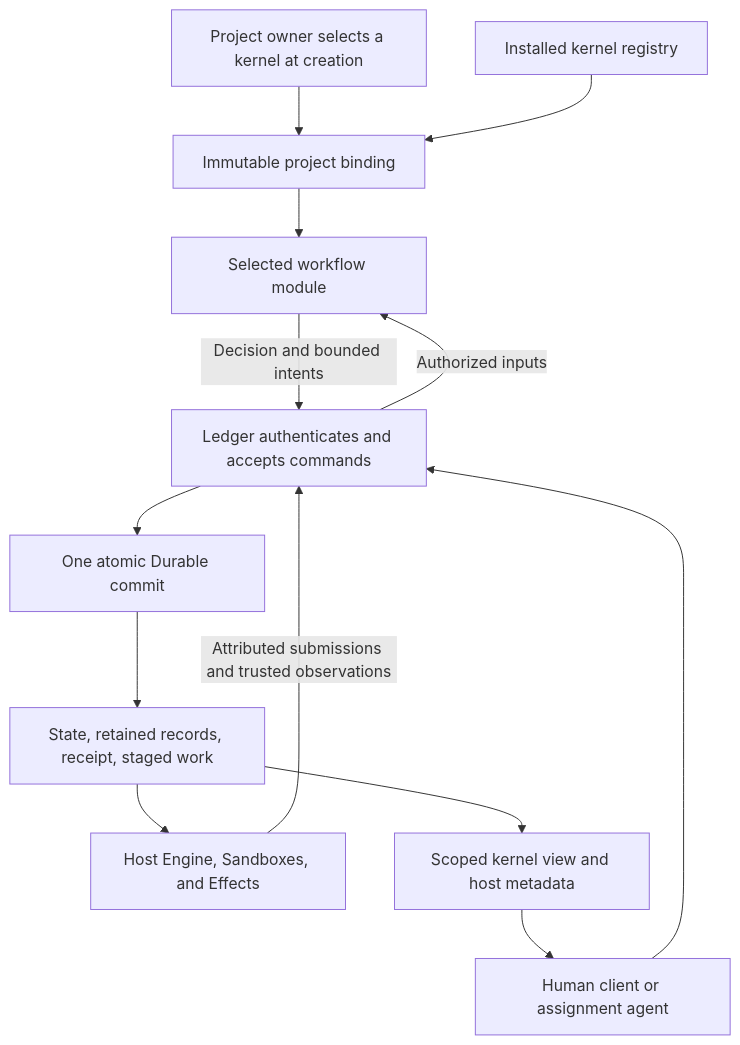
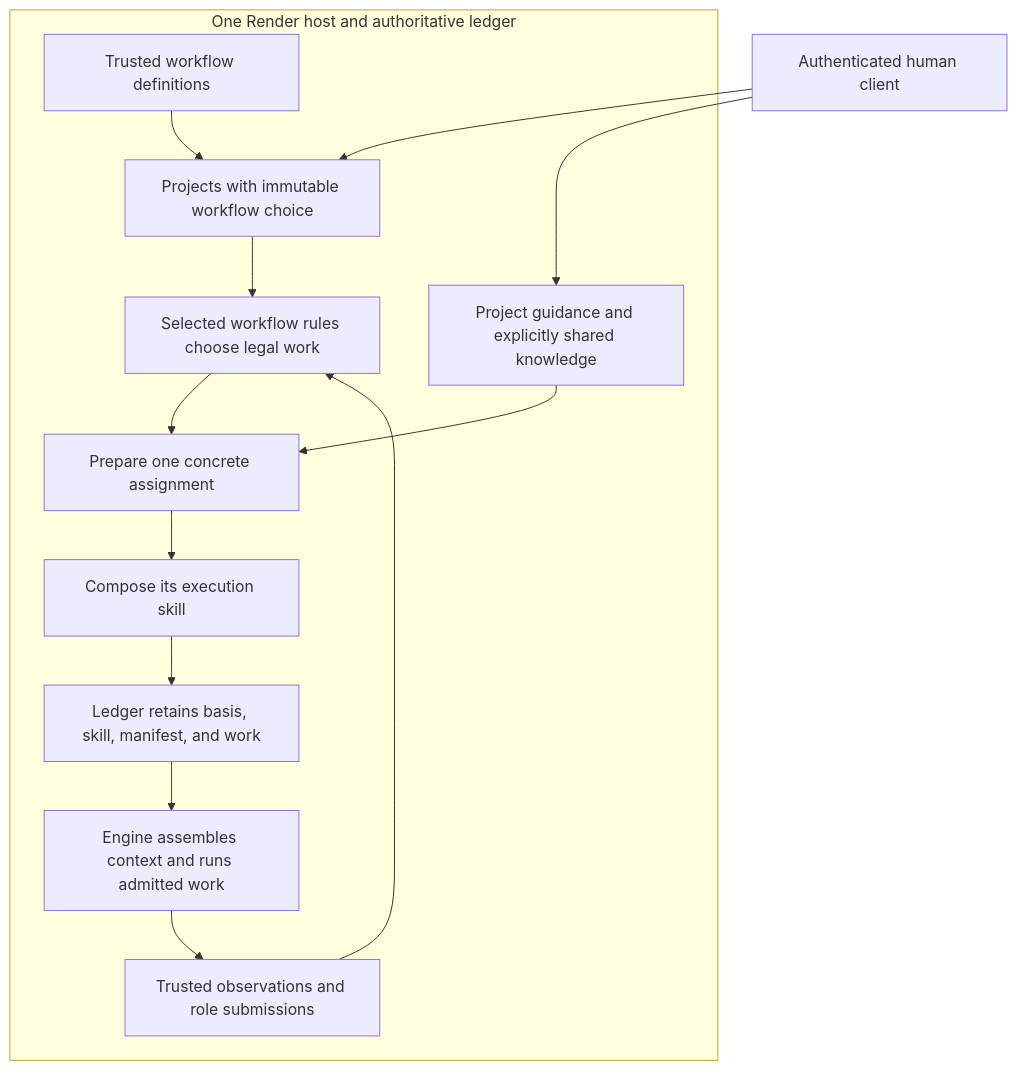
The first of 3 diagrams in docs/design/pluggable-kernels/README.md (vicrdguez/render), drawn with Mermaid before and after one commit. The commit also changed other lines of this file and 17 other files, not shown here.

Commit message:
Document workflow-owned skills and host-wide project storage

````diff
--- a/docs/design/pluggable-kernels/README.md
+++ b/docs/design/pluggable-kernels/README.md
@@ -17,15 +25,25 @@
 ```mermaid
 flowchart TB
-    Owner["Project owner selects a kernel at creation"] --> Binding["Immutable project binding"]
-    Registry["Installed kernel registry"] --> Binding
-    Binding --> Kernel["Selected workflow module"]
-    Client["Human client or assignment agent"] --> Ledger["Ledger authenticates and accepts commands"]
-    Ledger -->|"Authorized inputs"| Kernel
-    Kernel -->|"Decision and bounded intents"| Ledger
-    Ledger --> Commit["One atomic Durable commit"]
-    Commit --> State["State, retained records, receipt, staged work"]
-    State --> Engine["Host Engine, Sandboxes, and Effects"]
-    Engine -->|"Attributed submissions and trusted observations"| Ledger
-    State --> View["Scoped kernel view and host metadata"]
-    View --> Client
+    subgraph Host["One Render host and authoritative ledger"]
+        Registry["Trusted workflow definitions"]
+        Projects["Projects with immutable workflow choice"]
+        Knowledge["Project guidance and explicitly shared knowledge"]
+        Rules["Selected workflow rules choose legal work"]
+        Prepare["Prepare one concrete assignment"]
+        Compose["Compose its execution skill"]
+        Ledger["Ledger retains basis, skill, manifest, and work"]
+        Engine["Engine assembles context and runs admitted work"]
+        Observe["Trusted observations and role submissions"]
+        Registry --> Projects
+        Projects --> Rules
+        Rules --> Prepare
+        Knowledge --> Prepare
+        Prepare --> Compose
+        Compose --> Ledger
+        Ledger --> Engine
+        Engine --> Observe
+        Observe --> Rules
+    end
+    Human["Authenticated human client"] --> Projects
+    Human --> Knowledge
 ```
````
